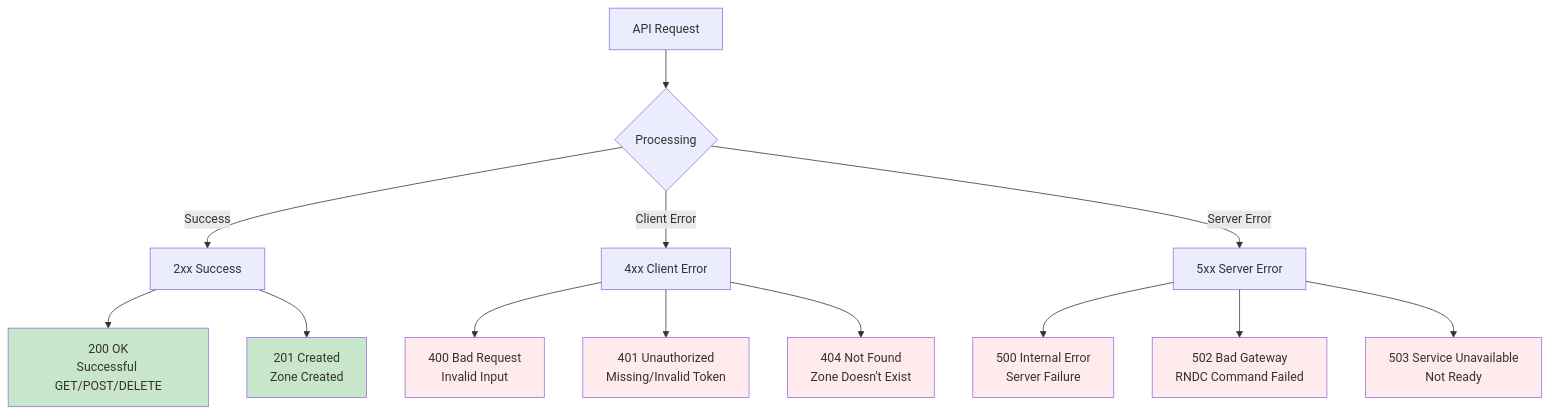
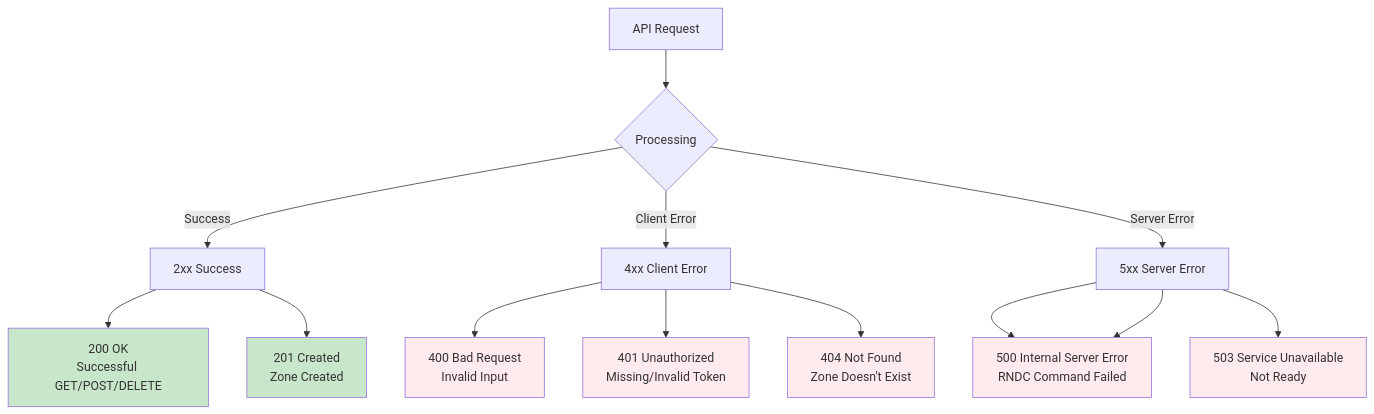
One commit to firestoned/bindcar changed the fifth of 12 diagrams in docs/src/getting-started/api-design.md. Above: the diagram before and after it, drawn with Mermaid. The commit also changed other lines of this file and 27 other files, not shown here.

````diff
--- a/docs/src/getting-started/api-design.md
+++ b/docs/src/getting-started/api-design.md
@@ -140,28 +140,28 @@
 ```mermaid
 graph TD
     Request[API Request] --> Process{Processing}
     
     Process -->|Success| S2xx[2xx Success]
     Process -->|Client Error| E4xx[4xx Client Error]
     Process -->|Server Error| E5xx[5xx Server Error]
     
     S2xx --> S200[200 OK<br/>Successful GET/POST/DELETE]
     S2xx --> S201[201 Created<br/>Zone Created]
     
     E4xx --> E400[400 Bad Request<br/>Invalid Input]
     E4xx --> E401[401 Unauthorized<br/>Missing/Invalid Token]
     E4xx --> E404[404 Not Found<br/>Zone Doesn't Exist]
     
     E5xx --> E500[500 Internal Error<br/>Server Failure]
-    E5xx --> E502[502 Bad Gateway<br/>RNDC Command Failed]
+    E5xx --> E500[500 Internal Server Error<br/>RNDC Command Failed]
     E5xx --> E503[503 Service Unavailable<br/>Not Ready]
     
     style S200 fill:#c8e6c9
     style S201 fill:#c8e6c9
     style E400 fill:#ffebee
     style E401 fill:#ffebee
     style E404 fill:#ffebee
     style E500 fill:#ffebee
-    style E502 fill:#ffebee
+    style E500 fill:#ffebee
     style E503 fill:#ffebee
 ```
````
